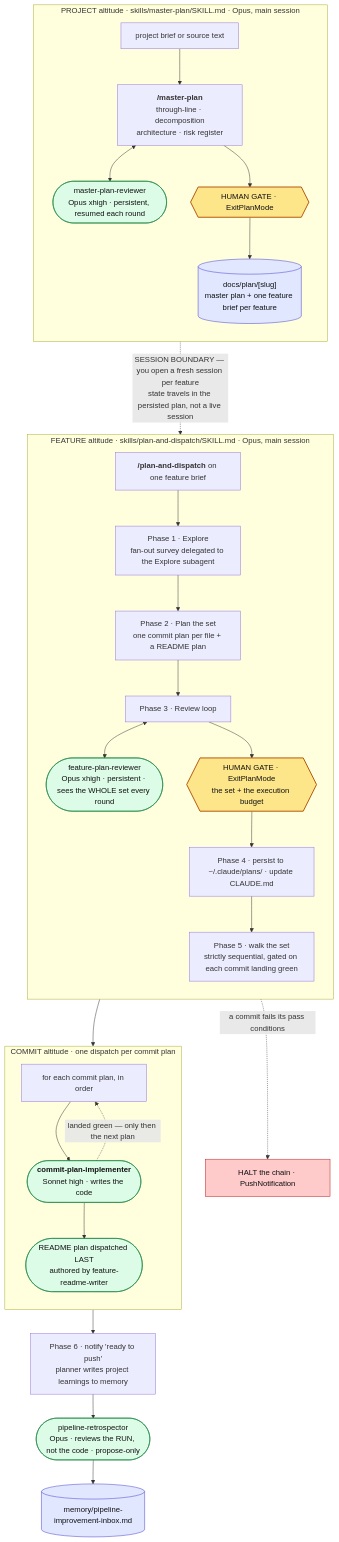
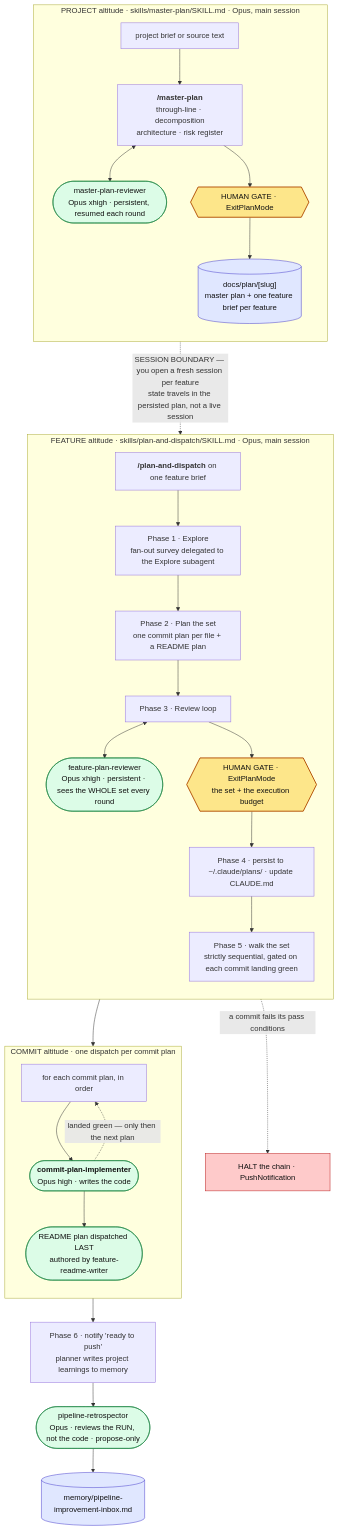
The first of 4 diagrams in .claude/PIPELINE.md (var-pi/dotfiles), drawn with Mermaid before and after one commit. The commit also changed other lines of this file and 4 other files, not shown here.

````diff
--- a/.claude/PIPELINE.md
+++ b/.claude/PIPELINE.md
@@ -33,45 +33,45 @@
 ```mermaid
 flowchart TD
     subgraph L1["PROJECT altitude · skills/master-plan/SKILL.md · Opus, main session"]
         direction TB
         B["project brief or source text"] --> MP["<b>/master-plan</b><br/>through-line · decomposition<br/>architecture · risk register"]
         MP <--> MPR(["master-plan-reviewer<br/>Opus xhigh · persistent, resumed each round"])
         MP --> G1{{"HUMAN GATE · ExitPlanMode"}}
         G1 --> DP[("docs/plan/[slug]<br/>master plan + one feature brief per feature")]
     end
 
     subgraph L2["FEATURE altitude · skills/plan-and-dispatch/SKILL.md · Opus, main session"]
         direction TB
         PAD["<b>/plan-and-dispatch</b> on one feature brief"]
         PAD --> P1["Phase 1 · Explore<br/>fan-out survey delegated to the Explore subagent"]
         P1 --> P2["Phase 2 · Plan the set<br/>one commit plan per file + a README plan"]
         P2 --> P3["Phase 3 · Review loop"]
         P3 <--> FPR(["feature-plan-reviewer<br/>Opus xhigh · persistent · sees the WHOLE set every round"])
         P3 --> G2{{"HUMAN GATE · ExitPlanMode<br/>the set + the execution budget"}}
         G2 --> P4["Phase 4 · persist to ~/.claude/plans/ · update CLAUDE.md"]
         P4 --> P5["Phase 5 · walk the set<br/>strictly sequential, gated on each commit landing green"]
     end
 
     subgraph L3["COMMIT altitude · one dispatch per commit plan"]
         direction TB
-        LOOP["for each commit plan, in order"] --> IMP(["<b>commit-plan-implementer</b><br/>Sonnet high · writes the code"])
+        LOOP["for each commit plan, in order"] --> IMP(["<b>commit-plan-implementer</b><br/>Opus high · writes the code"])
         IMP -. "landed green — only then the next plan" .-> LOOP
         IMP --> RM(["README plan dispatched LAST<br/>authored by feature-readme-writer"])
     end
 
     DP -. "SESSION BOUNDARY — you open a fresh session per feature<br/>state travels in the persisted plan, not a live session" .-> PAD
     P5 --> LOOP
     RM --> P6["Phase 6 · notify 'ready to push'<br/>planner writes project learnings to memory"]
     P6 --> RETRO(["pipeline-retrospector<br/>Opus · reviews the RUN, not the code · propose-only"])
     RETRO --> INBOX[("memory/pipeline-improvement-inbox.md")]
     P5 -. "a commit fails its pass conditions" .-> HALT["HALT the chain · PushNotification"]
 
     classDef gate fill:#fde68a,stroke:#b45309,stroke-width:2px,color:#111;
     classDef store fill:#e0e7ff,stroke:#4338ca,color:#111;
     classDef agent fill:#dcfce7,stroke:#15803d,color:#111;
     classDef stop fill:#fecaca,stroke:#b91c1c,color:#111;
     class G1,G2 gate;
     class DP,INBOX store;
     class MPR,FPR,IMP,RM,RETRO agent;
     class HALT stop;
 ```
````
